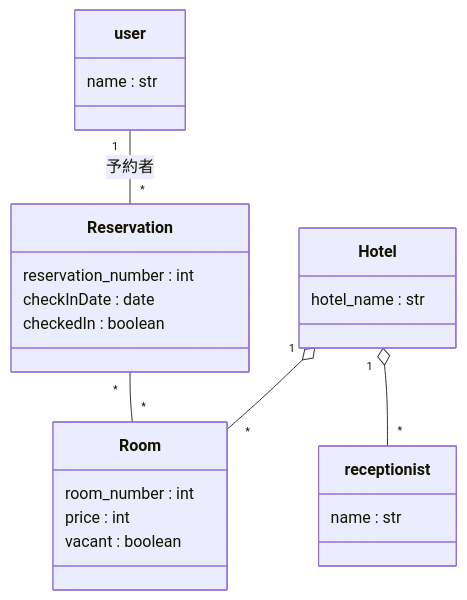
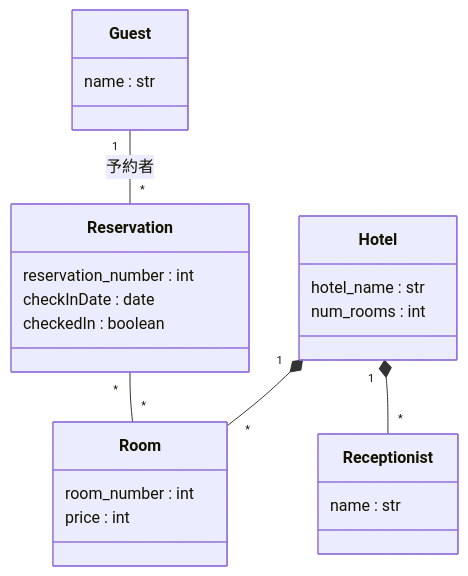
The first of 2 diagrams in Domain_Analysis.md (Kohki-tyl/HRS), drawn with Mermaid before and after one commit. The commit also changed other lines of this file, not shown here.

````diff
--- a/Domain_Analysis.md
+++ b/Domain_Analysis.md
@@ -20,27 +20,27 @@
 ```mermaid
 classDiagram
-    class user {
+    class Guest {
         name : str
     }
     class Reservation {
         reservation_number : int
         checkInDate : date
         checkedIn : boolean
     }
     class Hotel {
         hotel_name : str
+        num_rooms : int
     }
     class Room {
         room_number : int
         price : int
-        vacant : boolean 
     }
-    class receptionist{
+    class Receptionist{
         name : str
     }
 
-    Hotel "1" o-- "*" Room : 
-    Hotel "1" o-- "*" receptionist : 
-    user "1" -- "*" Reservation : 予約者
+    Hotel "1" *-- "*" Room : 
+    Hotel "1" *-- "*" Receptionist : 
+    Guest "1" -- "*" Reservation : 予約者
     Reservation "*" -- "*" Room
 ```
````
